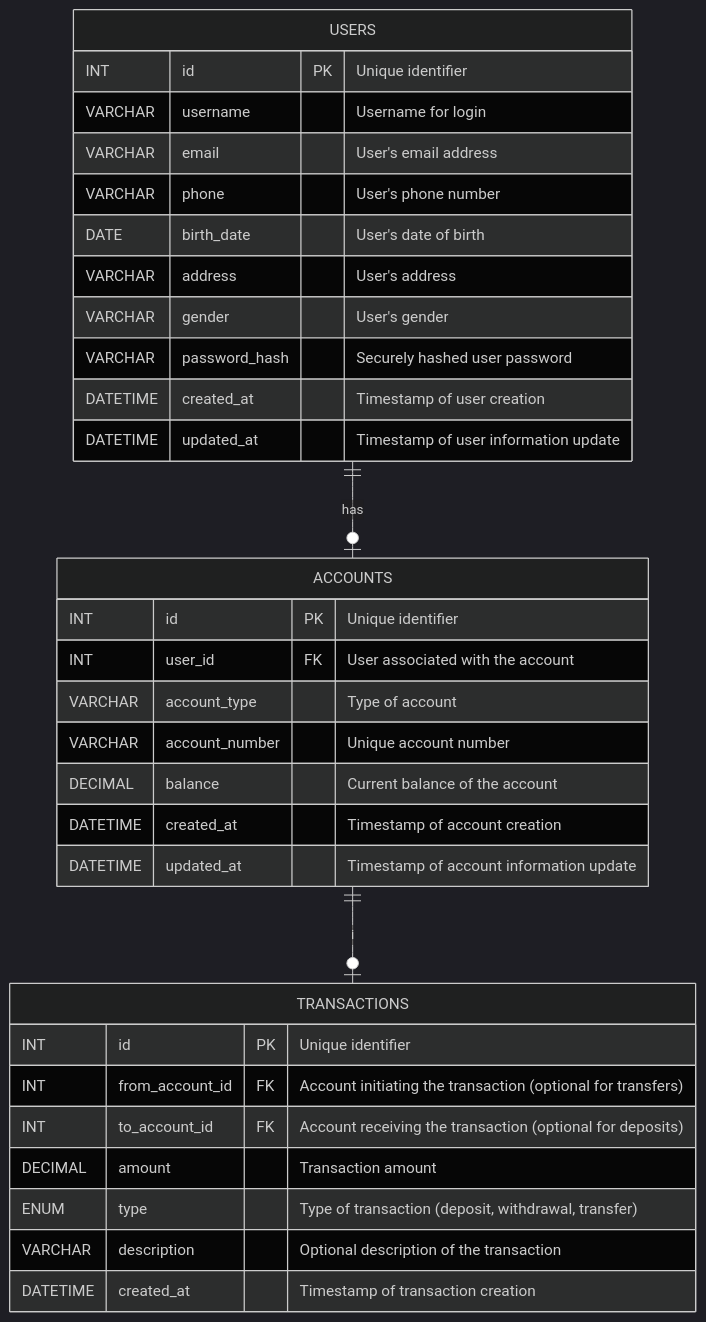
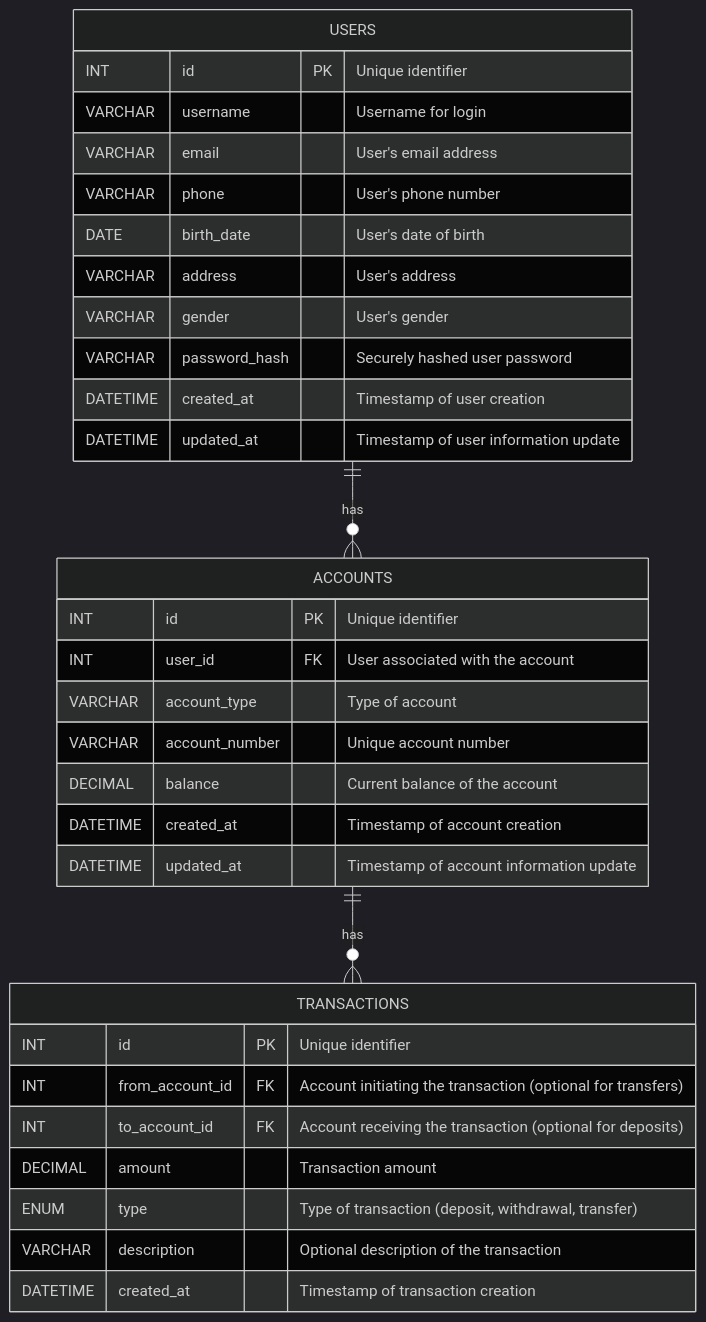
Before and after one commit to ferianai/sql-basic: the second of 2 diagrams in README.md, drawn with Mermaid (dark theme).

````diff
--- a/README.md
+++ b/README.md
@@ -109,38 +109,38 @@
 ```mermaid
 erDiagram
     USERS {
         INT id PK "Unique identifier"
         VARCHAR username "Username for login"
         VARCHAR email "User's email address"
         VARCHAR phone "User's phone number"
         DATE birth_date "User's date of birth"
         VARCHAR address "User's address"
         VARCHAR gender "User's gender"
         VARCHAR password_hash "Securely hashed user password"
         DATETIME created_at "Timestamp of user creation"
         DATETIME updated_at "Timestamp of user information update"
     }
 
     ACCOUNTS {
         INT id PK "Unique identifier"
         INT user_id FK "User associated with the account"
         VARCHAR account_type "Type of account"
         VARCHAR account_number "Unique account number"
         DECIMAL balance "Current balance of the account"
         DATETIME created_at "Timestamp of account creation"
         DATETIME updated_at "Timestamp of account information update"
     }
 
     TRANSACTIONS {
         INT id PK "Unique identifier"
         INT from_account_id FK "Account initiating the transaction (optional for transfers)"
         INT to_account_id FK "Account receiving the transaction (optional for deposits)"
         DECIMAL amount "Transaction amount"
         ENUM type "Type of transaction (deposit, withdrawal, transfer)"
         VARCHAR description "Optional description of the transaction"
         DATETIME created_at "Timestamp of transaction creation"
     }
 
-    USERS ||--o| ACCOUNTS : has
-    ACCOUNTS ||--o| TRANSACTIONS : i
+    USERS ||--o{ ACCOUNTS : has
+    ACCOUNTS ||--o{ TRANSACTIONS : has
 ```
````
